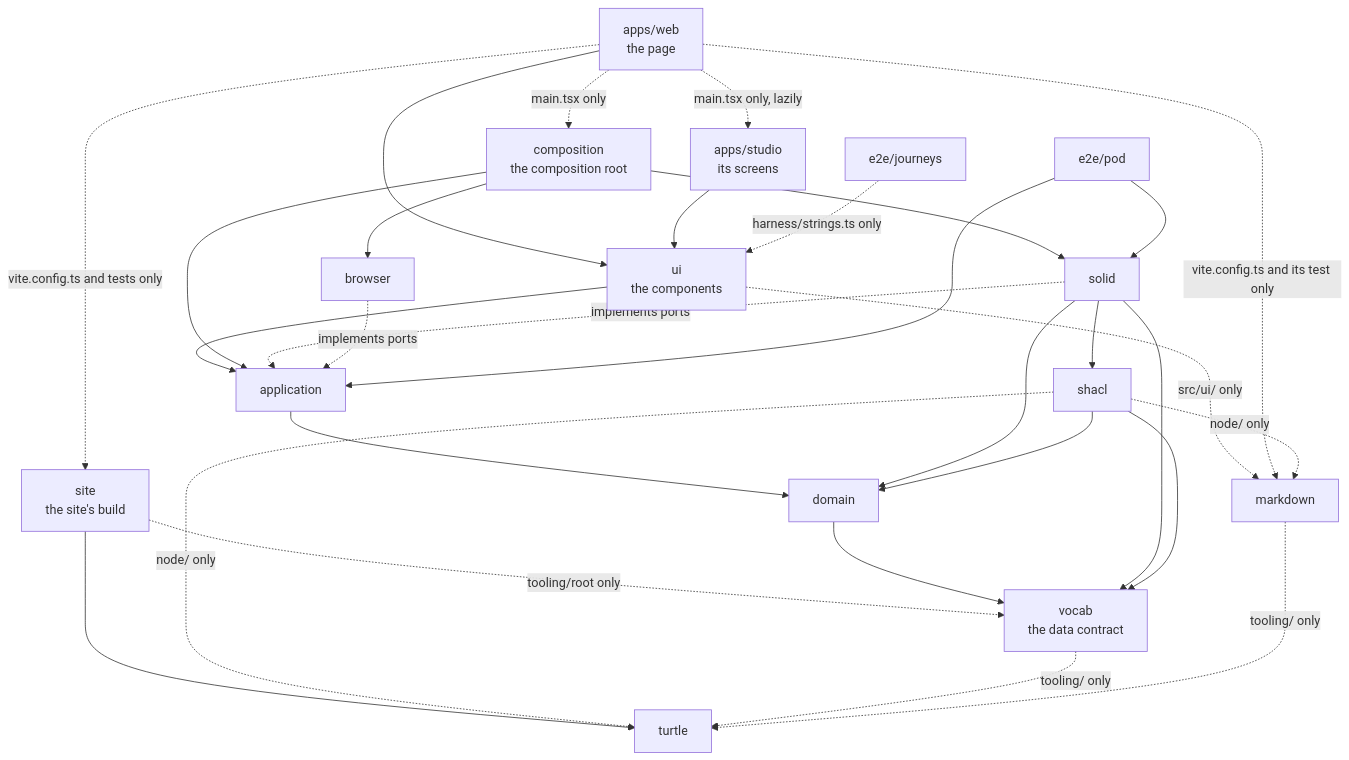
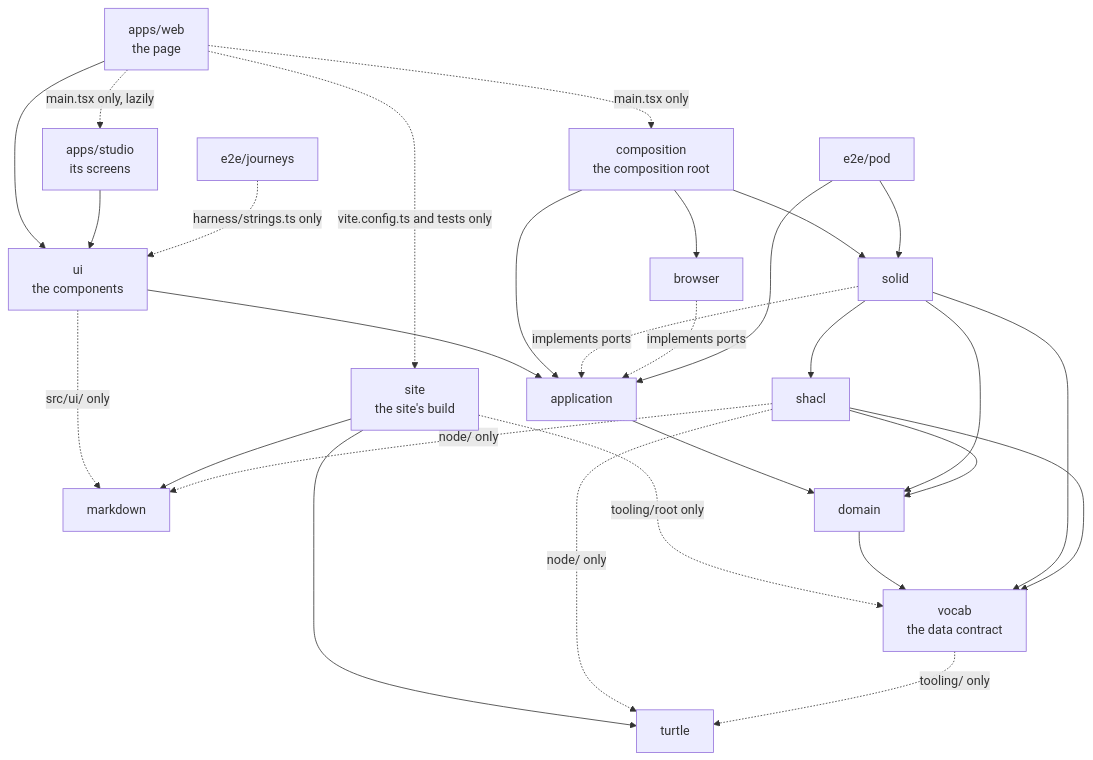
The diagram in docs/architecture.md (solid-memo/website), drawn with Mermaid before and after one commit. The commit also changed other lines of this file and 49 other files, not shown here.

First line of the commit message:
build(site): move the docs' build out of markdown into the site package

````diff
--- a/docs/architecture.md
+++ b/docs/architecture.md
@@ -40,26 +40,24 @@
 ```mermaid
 graph TD
     accTitle: Package dependencies
     accDescr: Which packages import which, with a dotted arrow where an import is allowed only from certain files.
     web["apps/web<br/>the page"] --> ui["ui<br/>the components"]
     web -. "main.tsx only, lazily" .-> studio["apps/studio<br/>its screens"]
     studio --> ui
     ui --> application
     web -. "main.tsx only" .-> composition["composition<br/>the composition root"]
     composition --> application & solid & browser
     ui -. src/ui/ only .-> markdown
-    web -. "vite.config.ts and its test only" .-> markdown
     web -. "vite.config.ts and tests only" .-> site["site<br/>the site's build"]
     site -. "tooling/root only" .-> vocab
-    site --> turtle
+    site --> turtle & markdown
     application --> domain --> vocab["vocab<br/>the data contract"]
     solid -. implements ports .-> application
     solid --> domain & vocab & shacl
     browser -. implements ports .-> application
     shacl --> domain & vocab
     shacl -. node/ only .-> turtle & markdown
     vocab -. tooling/ only .-> turtle
-    markdown -. tooling/ only .-> turtle
     e2e["e2e/pod"] --> application & solid
     journeys["e2e/journeys"] -. "harness/strings.ts only" .-> ui
 ```
````
